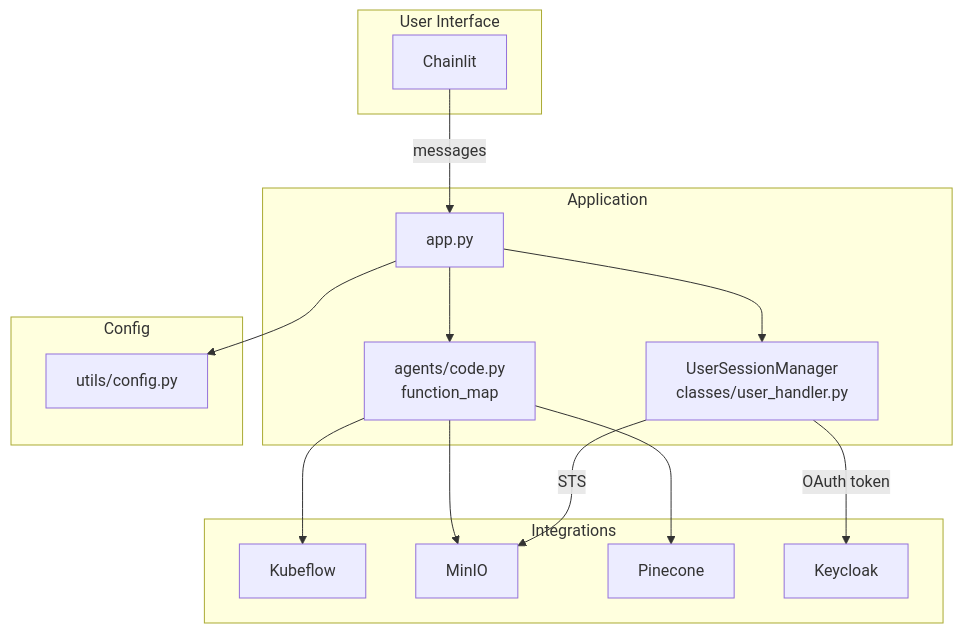
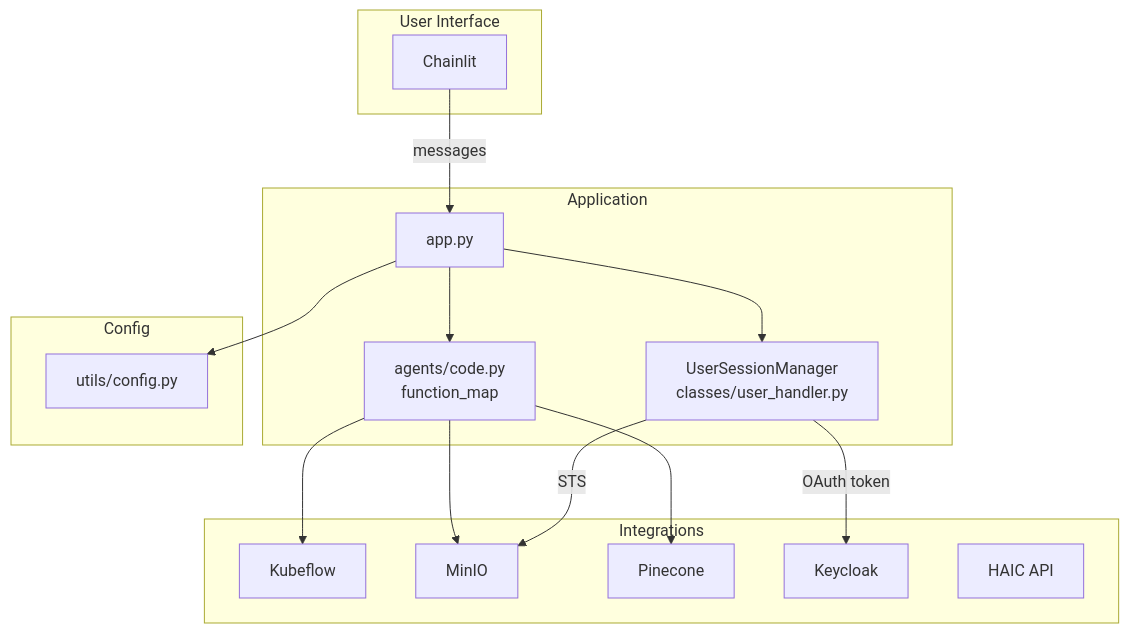
One commit to giorgosfatouros/humaine-swarm changed the diagram in docs/developers/01-architecture.md. Above: the diagram before and after it, drawn with Mermaid. The commit also changed other lines of this file and 16 other files, not shown here.

````diff
--- a/docs/developers/01-architecture.md
+++ b/docs/developers/01-architecture.md
@@ -21,29 +21,30 @@
 ```mermaid
 graph TB
     subgraph ui [User Interface]
         UI[Chainlit]
     end
     subgraph app [Application]
         APP[app.py]
         AGENT[agents/code.py<br/>function_map]
         SESSION[UserSessionManager<br/>classes/user_handler.py]
     end
     subgraph config [Config]
         CFG[utils/config.py]
     end
     subgraph integrations [Integrations]
         KF[Kubeflow]
         MINIO[MinIO]
         PC[Pinecone]
         KC[Keycloak]
+        HAIC[HAIC API]
     end
     UI -->|messages| APP
     APP --> AGENT
     APP --> SESSION
     APP --> CFG
     AGENT --> KF
     AGENT --> MINIO
     AGENT --> PC
     SESSION -->|OAuth token| KC
     SESSION -->|STS| MINIO
 ```
````
